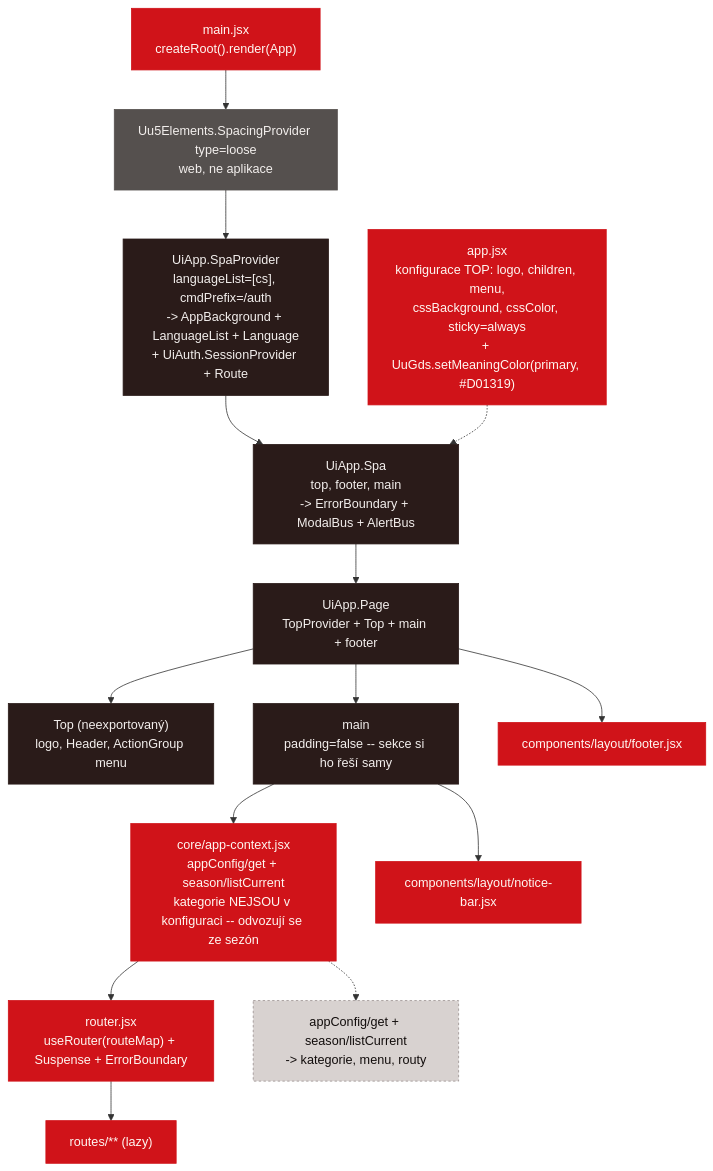
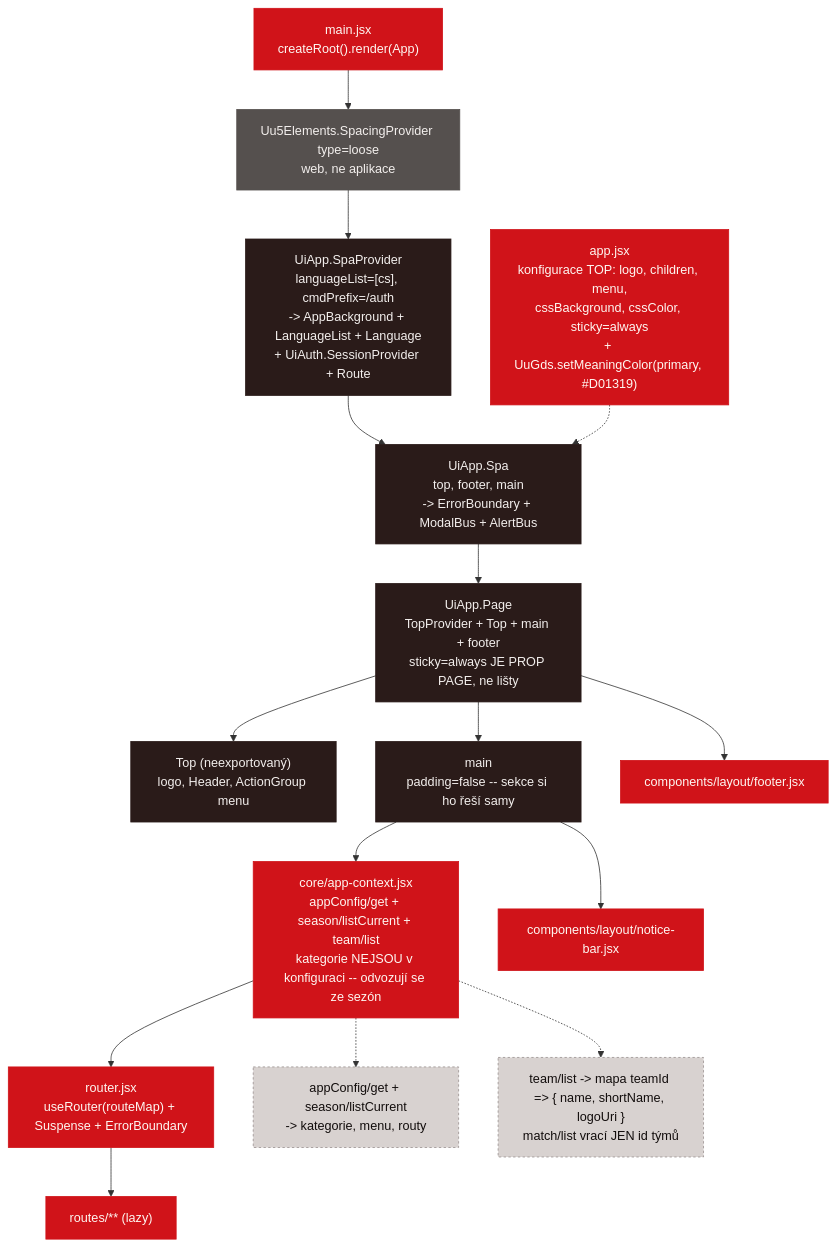
The first of 10 diagrams in design/component-tree.md (capo00/afkbratcice), drawn with Mermaid before and after one commit. The commit also changed other lines of this file and 7 other files, not shown here.

````diff
--- a/design/component-tree.md
+++ b/design/component-tree.md
@@ -46,32 +46,34 @@
 ```mermaid
 flowchart TD
   main0["main.jsx<br/>createRoot().render(App)"]:::own
   app["app.jsx<br/>konfigurace TOP: logo, children, menu,<br/>cssBackground, cssColor, sticky=always<br/>+ UuGds.setMeaningColor(primary, #D01319)"]:::own
   spacing["Uu5Elements.SpacingProvider type=loose<br/>web, ne aplikace"]:::uu5
   provider["UiApp.SpaProvider<br/>languageList=[cs], cmdPrefix=/auth<br/>-> AppBackground + LanguageList + Language<br/>+ UiAuth.SessionProvider + Route"]:::caio
   spa["UiApp.Spa<br/>top, footer, main<br/>-> ErrorBoundary + ModalBus + AlertBus"]:::caio
-  cpage["UiApp.Page<br/>TopProvider + Top + main + footer"]:::caio
+  cpage["UiApp.Page<br/>TopProvider + Top + main + footer<br/>sticky=always JE PROP PAGE, ne lišty"]:::caio
   ctop["Top (neexportovaný)<br/>logo, Header, ActionGroup menu"]:::caio
   cmain["main<br/>padding=false -- sekce si ho řeší samy"]:::caio
-  appctx["core/app-context.jsx<br/>appConfig/get + season/listCurrent<br/>kategorie NEJSOU v konfiguraci -- odvozují se ze sezón"]:::own
+  appctx["core/app-context.jsx<br/>appConfig/get + season/listCurrent + team/list<br/>kategorie NEJSOU v konfiguraci -- odvozují se ze sezón"]:::own
   router["router.jsx<br/>useRouter(routeMap) + Suspense + ErrorBoundary"]:::own
   routes["routes/** (lazy)"]:::own
   notice["components/layout/notice-bar.jsx"]:::own
   footer["components/layout/footer.jsx"]:::own
   cfg["appConfig/get + season/listCurrent<br/>-> kategorie, menu, routy"]:::data
+  teams["team/list -> mapa teamId => { name, shortName, logoUri }<br/>match/list vrací JEN id týmů"]:::data
 
   main0 --> spacing --> provider --> spa --> cpage
   cpage --> ctop
   cpage --> cmain
   cpage --> footer
   app -.-> spa
   cmain --> notice
   cmain --> appctx --> router --> routes
   appctx -.-> cfg
+  appctx -.-> teams
 
   classDef own fill:#D01319,color:#FEF7F2,stroke:#D01319
   classDef caio fill:#2A1B19,color:#F3EFED,stroke:#2A1B19
   classDef uu5 fill:#55504E,color:#F3EFED,stroke:#55504E
   classDef html fill:#F3EFED,color:#120D0C,stroke:#99908E
   classDef data fill:#D8D2D0,color:#120D0C,stroke:#99908E,stroke-dasharray:3 3
 ```
````
